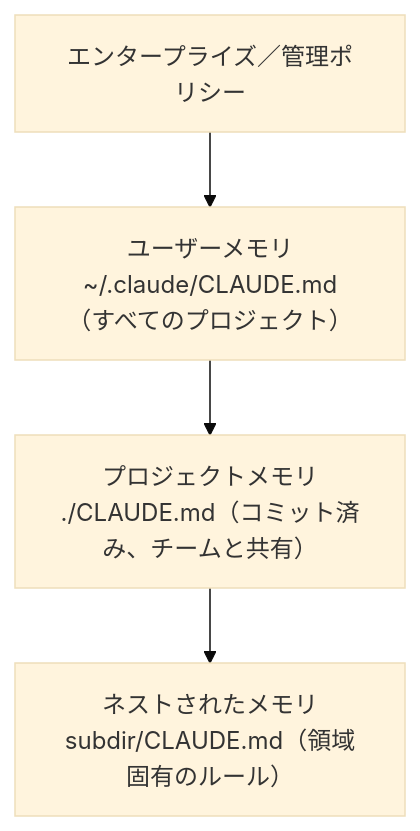
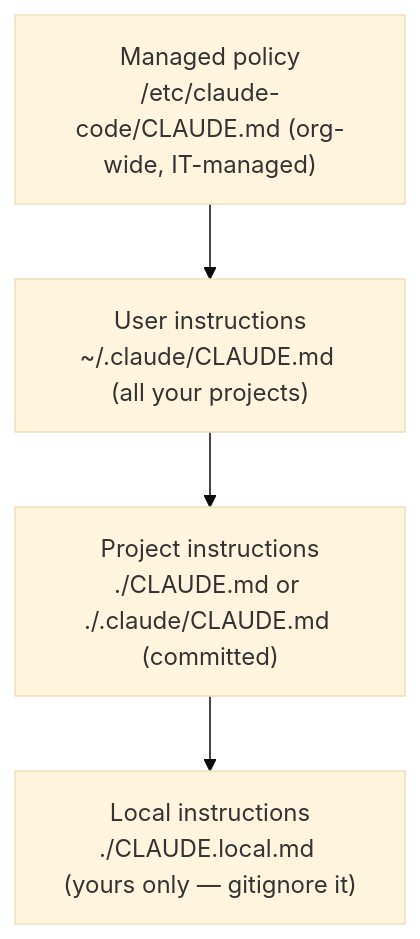
One commit to derob98/ailmanac changed the diagram in i18n/ja/docusaurus-plugin-content-docs/current/claude-code/claude-md.mdx. Above: the diagram before and after it, drawn with Mermaid (base theme). The commit also changed other lines of this file and 13 other files, not shown here.

````diff
--- a/i18n/ja/docusaurus-plugin-content-docs/current/claude-code/claude-md.mdx
+++ b/i18n/ja/docusaurus-plugin-content-docs/current/claude-code/claude-md.mdx
@@ -25,6 +25,6 @@
 ```mermaid
 flowchart TD
-  A["エンタープライズ／管理ポリシー"] --> B["ユーザーメモリ<br/>~/.claude/CLAUDE.md（すべてのプロジェクト）"]
-  B --> C["プロジェクトメモリ<br/>./CLAUDE.md（コミット済み、チームと共有）"]
-  C --> D["ネストされたメモリ<br/>subdir/CLAUDE.md（領域固有のルール）"]
+  A["Managed policy<br/>/etc/claude-code/CLAUDE.md (org-wide, IT-managed)"] --> B["User instructions<br/>~/.claude/CLAUDE.md (all your projects)"]
+  B --> C["Project instructions<br/>./CLAUDE.md or ./.claude/CLAUDE.md (committed)"]
+  C --> D["Local instructions<br/>./CLAUDE.local.md (yours only — gitignore it)"]
 ```
````
